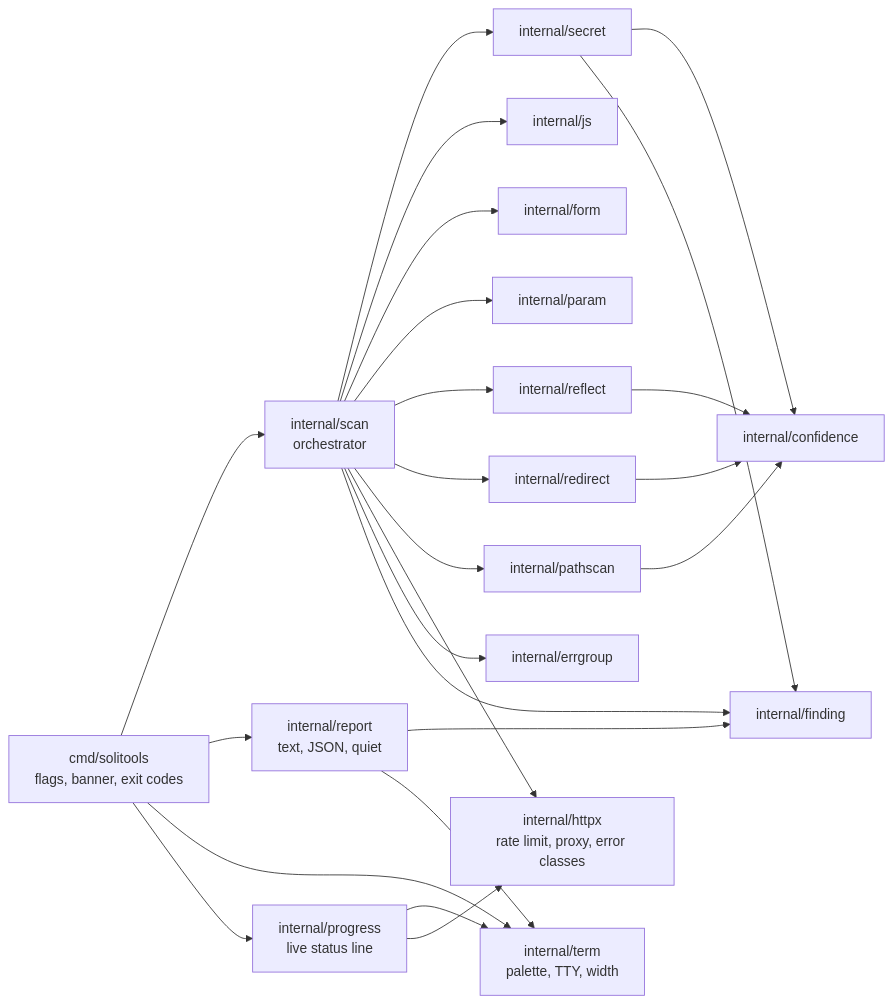
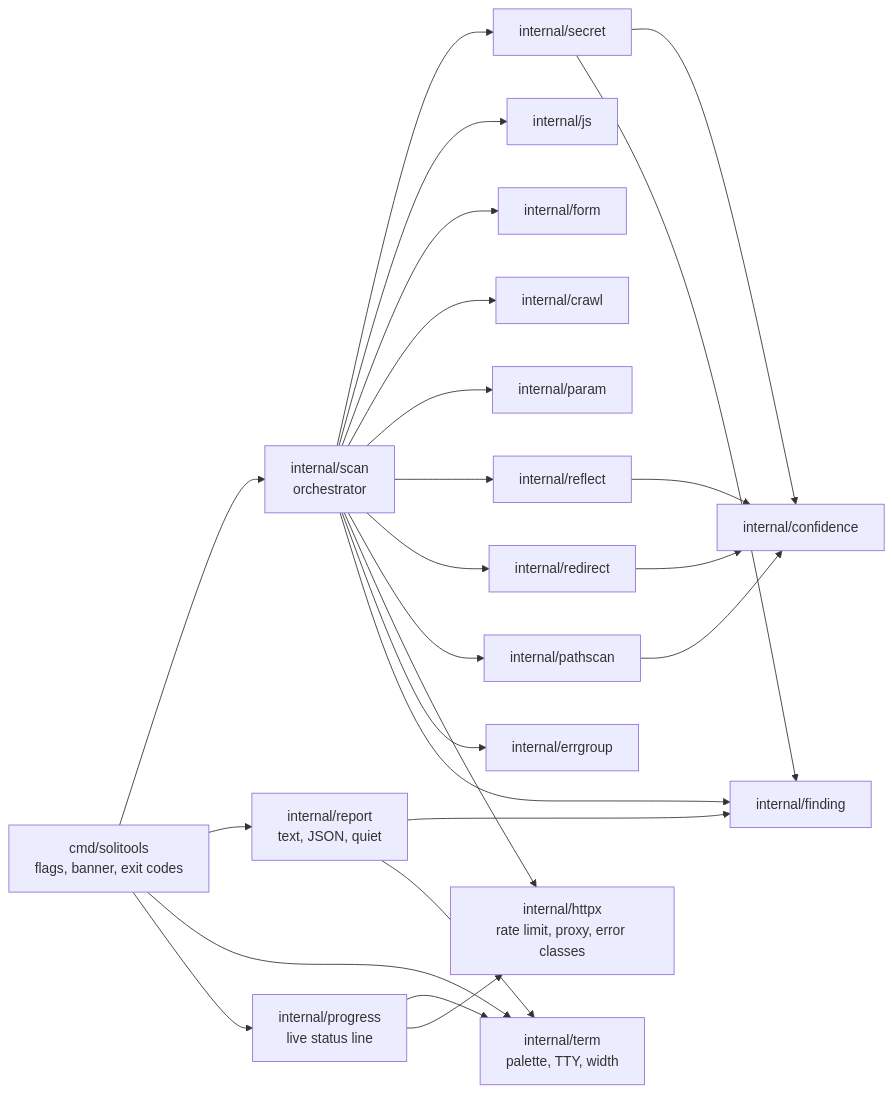
Before and after one commit to soliofski/SoliTools: the first of 7 diagrams in HANDOVER.md, drawn with Mermaid. The commit also changed other lines of this file and 9 other files, not shown here.

````diff
--- a/HANDOVER.md
+++ b/HANDOVER.md
@@ -192,45 +196,47 @@
 ```mermaid
 flowchart LR
     CLI["cmd/solitools<br/>flags, banner, exit codes"]
     SCAN["internal/scan<br/>orchestrator"]
     REPORT["internal/report<br/>text, JSON, quiet"]
     TERM["internal/term<br/>palette, TTY, width"]
     PROG["internal/progress<br/>live status line"]
 
     SECRET["internal/secret"]
     JS["internal/js"]
     FORM["internal/form"]
+    CRAWL["internal/crawl"]
     PARAM["internal/param"]
     REFLECT["internal/reflect"]
     REDIRECT["internal/redirect"]
     PATH["internal/pathscan"]
 
     HTTP["internal/httpx<br/>rate limit, proxy, error classes"]
     EG["internal/errgroup"]
     CONF["internal/confidence"]
     FIND["internal/finding"]
 
     CLI --> SCAN
     CLI --> REPORT
     CLI --> TERM
     CLI --> PROG
     SCAN --> SECRET
     SCAN --> JS
     SCAN --> FORM
+    SCAN --> CRAWL
     SCAN --> PARAM
     SCAN --> REFLECT
     SCAN --> REDIRECT
     SCAN --> PATH
     SCAN --> HTTP
     SCAN --> EG
     SCAN --> FIND
     SECRET --> CONF
     SECRET --> FIND
     REFLECT --> CONF
     REDIRECT --> CONF
     PATH --> CONF
     REPORT --> FIND
     REPORT --> TERM
     PROG --> TERM
     PROG --> HTTP
 ```
````
